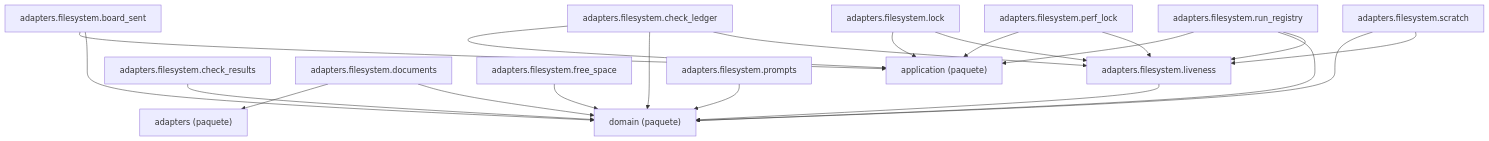
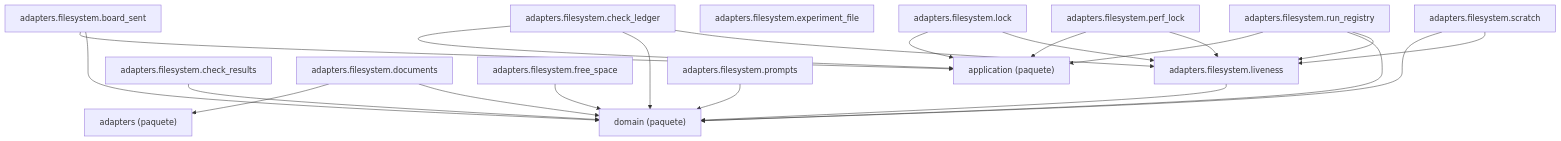
The diagram in docs/architecture/generated/packages-process-adapters-filesystem.md (GonzaloZevallos/agentic-system), drawn with Mermaid before and after one commit. The commit also changed 7 other files, not shown here.

Commit message:
Regenerate the architecture docs for the experiment port and the launch arm

````diff
--- a/docs/architecture/generated/packages-process-adapters-filesystem.md
+++ b/docs/architecture/generated/packages-process-adapters-filesystem.md
@@ -14,37 +14,38 @@
 ```mermaid
 graph TD
     g_pkg__adapters["adapters (paquete)"]
     g_pkg__application["application (paquete)"]
     g_pkg__domain["domain (paquete)"]
     m_adapters__filesystem__board_sent["adapters.filesystem.board_sent"]
     m_adapters__filesystem__check_ledger["adapters.filesystem.check_ledger"]
     m_adapters__filesystem__check_results["adapters.filesystem.check_results"]
     m_adapters__filesystem__documents["adapters.filesystem.documents"]
+    m_adapters__filesystem__experiment_file["adapters.filesystem.experiment_file"]
     m_adapters__filesystem__free_space["adapters.filesystem.free_space"]
     m_adapters__filesystem__liveness["adapters.filesystem.liveness"]
     m_adapters__filesystem__lock["adapters.filesystem.lock"]
     m_adapters__filesystem__perf_lock["adapters.filesystem.perf_lock"]
     m_adapters__filesystem__prompts["adapters.filesystem.prompts"]
     m_adapters__filesystem__run_registry["adapters.filesystem.run_registry"]
     m_adapters__filesystem__scratch["adapters.filesystem.scratch"]
     m_adapters__filesystem__board_sent --> g_pkg__application
     m_adapters__filesystem__board_sent --> g_pkg__domain
     m_adapters__filesystem__check_ledger --> g_pkg__application
     m_adapters__filesystem__check_ledger --> g_pkg__domain
     m_adapters__filesystem__check_ledger --> m_adapters__filesystem__liveness
     m_adapters__filesystem__check_results --> g_pkg__domain
     m_adapters__filesystem__documents --> g_pkg__adapters
     m_adapters__filesystem__documents --> g_pkg__domain
     m_adapters__filesystem__free_space --> g_pkg__domain
     m_adapters__filesystem__liveness --> g_pkg__domain
     m_adapters__filesystem__lock --> g_pkg__application
     m_adapters__filesystem__lock --> m_adapters__filesystem__liveness
     m_adapters__filesystem__perf_lock --> g_pkg__application
     m_adapters__filesystem__perf_lock --> m_adapters__filesystem__liveness
     m_adapters__filesystem__prompts --> g_pkg__domain
     m_adapters__filesystem__run_registry --> g_pkg__application
     m_adapters__filesystem__run_registry --> g_pkg__domain
     m_adapters__filesystem__run_registry --> m_adapters__filesystem__liveness
     m_adapters__filesystem__scratch --> g_pkg__domain
     m_adapters__filesystem__scratch --> m_adapters__filesystem__liveness
 ```
````
